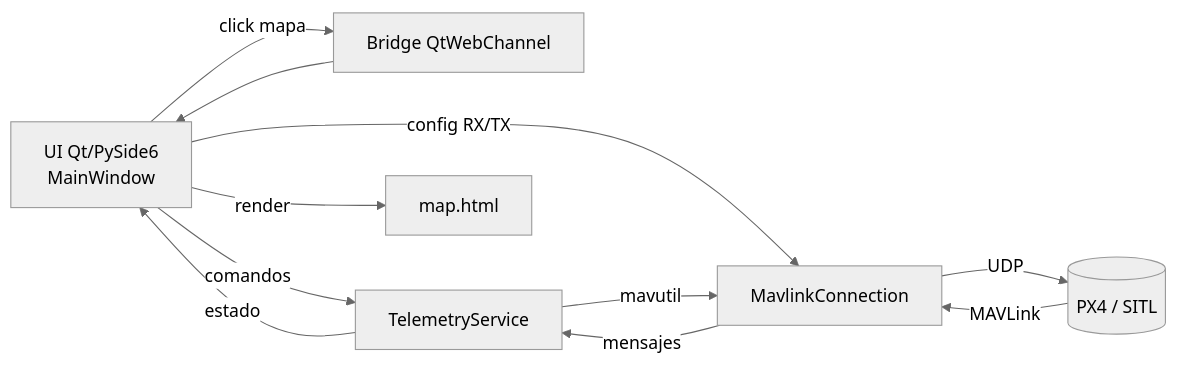
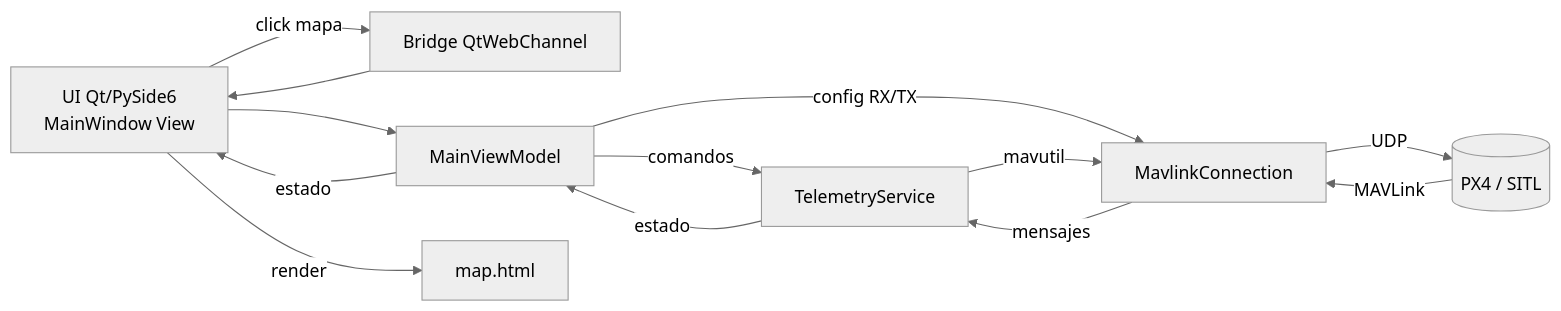
One commit to Yefro/qt_gcs changed the first of 3 diagrams in README.md. Above: the diagram before and after it, drawn with Mermaid (neutral theme). The commit also changed other lines of this file and 11 other files, not shown here.

````diff
--- a/README.md
+++ b/README.md
@@ -16,13 +24,15 @@
 ```mermaid
 flowchart LR
-  UI[UI Qt/PySide6\nMainWindow] -->|click mapa| Bridge[Bridge QtWebChannel]
+  UI["UI Qt/PySide6\nMainWindow View"] -->|click mapa| Bridge["Bridge QtWebChannel"]
   Bridge --> UI
-  UI -->|comandos| Telemetry[TelemetryService]
-  UI -->|config RX/TX| Conn[MavlinkConnection]
+  UI --> VM[MainViewModel]
+  VM -->|comandos| Telemetry[TelemetryService]
+  VM -->|config RX/TX| Conn[MavlinkConnection]
   Telemetry -->|mavutil| Conn
   Conn -->|UDP| PX4[(PX4 / SITL)]
   PX4 -->|MAVLink| Conn
   Conn -->|mensajes| Telemetry
-  Telemetry -->|estado| UI
+  Telemetry -->|estado| VM
+  VM -->|estado| UI
   UI -->|render| Map[map.html]
 ```
````
